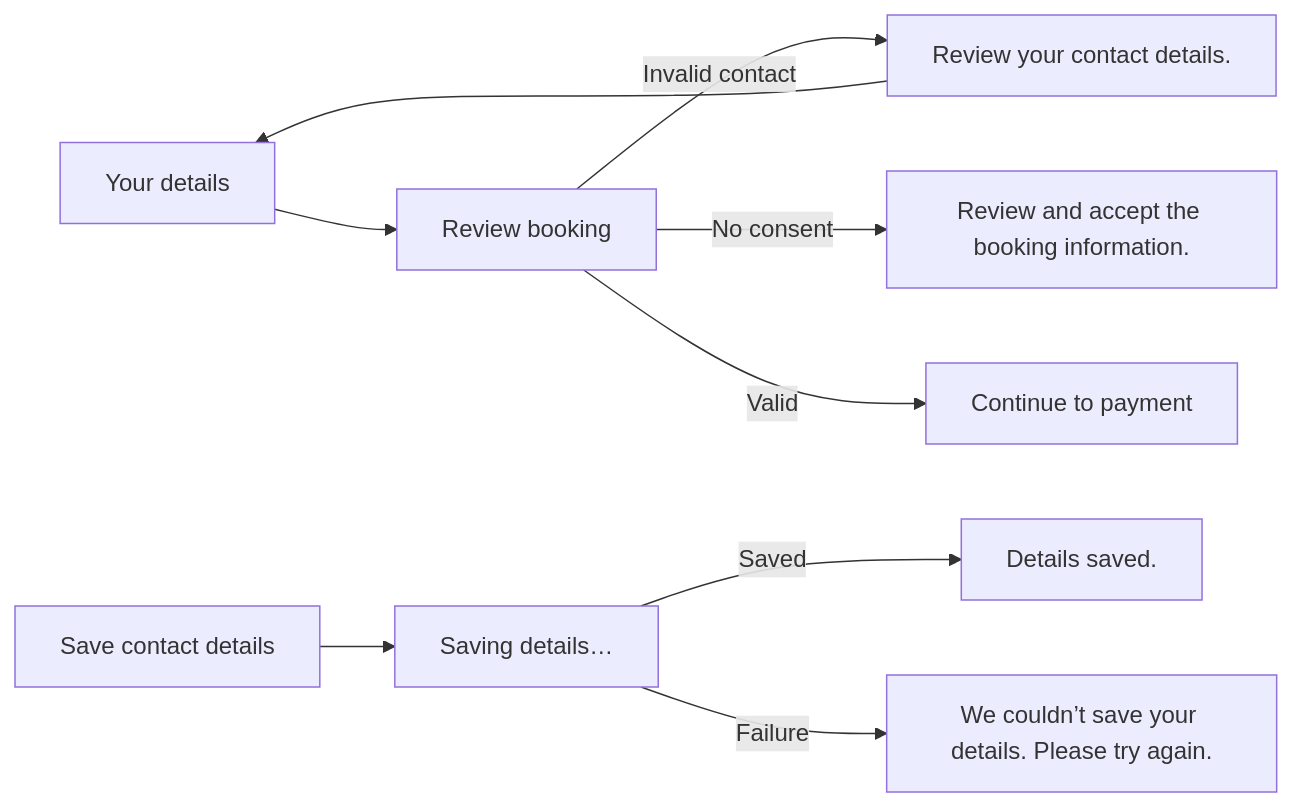
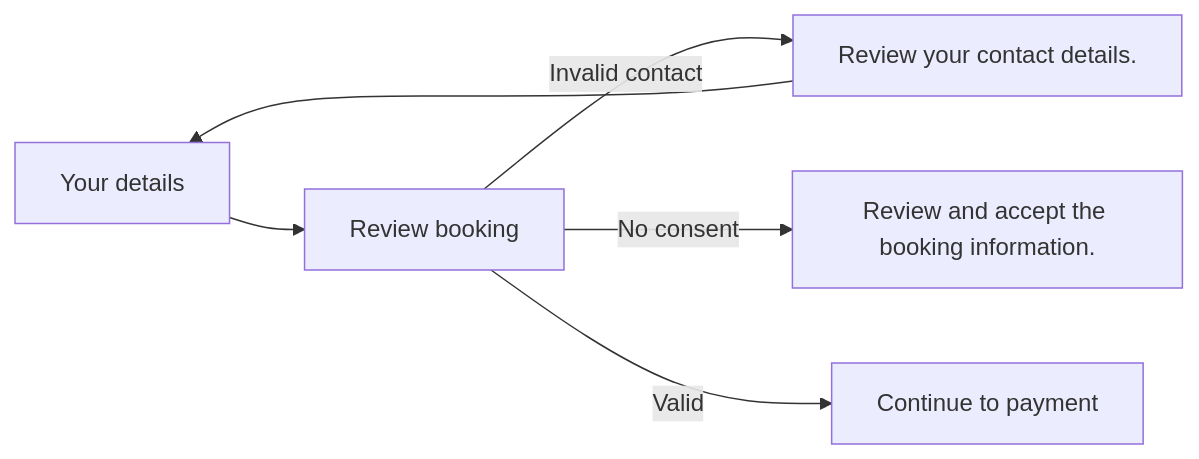
Before and after one commit to soccerbotstudiosg/soccerbotstudioSG: the fifth of 19 diagrams in docs/booking-flows.md, drawn with Mermaid. The commit also changed other lines of this file and 20 other files, not shown here.

````diff
--- a/docs/booking-flows.md
+++ b/docs/booking-flows.md
@@ -64,10 +67,7 @@
 ```mermaid
 flowchart LR
   A["Your details"] --> B["Review booking"]
   B -->|Invalid contact| C["Review your contact details."] --> A
   B -->|No consent| D["Review and accept the booking information."]
   B -->|Valid| E["Continue to payment"]
-  F["Save contact details"] --> G["Saving details…"]
-  G -->|Saved| H["Details saved."]
-  G -->|Failure| I["We couldn’t save your details. Please try again."]
 ```
````
